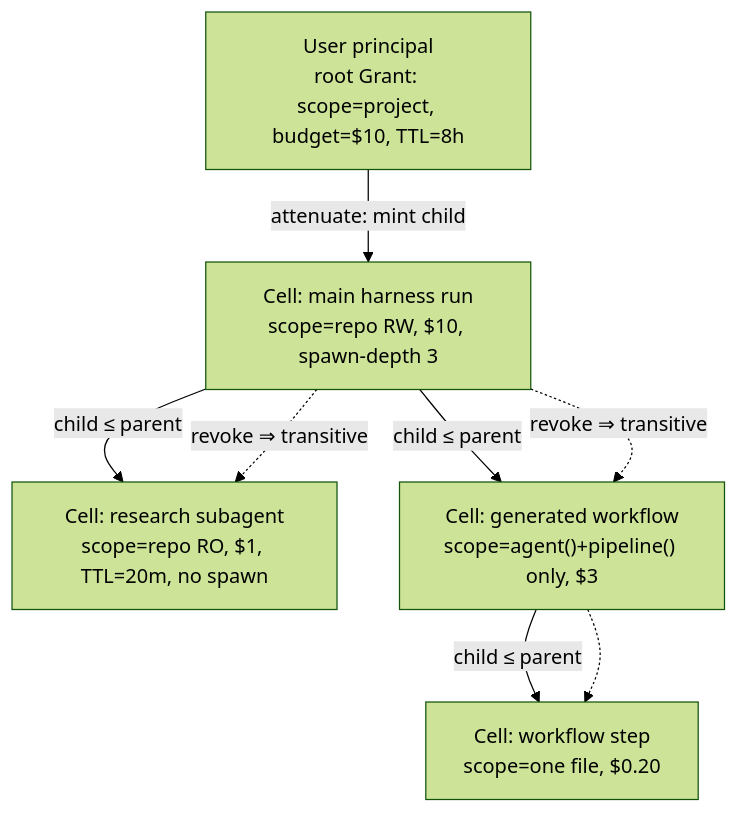
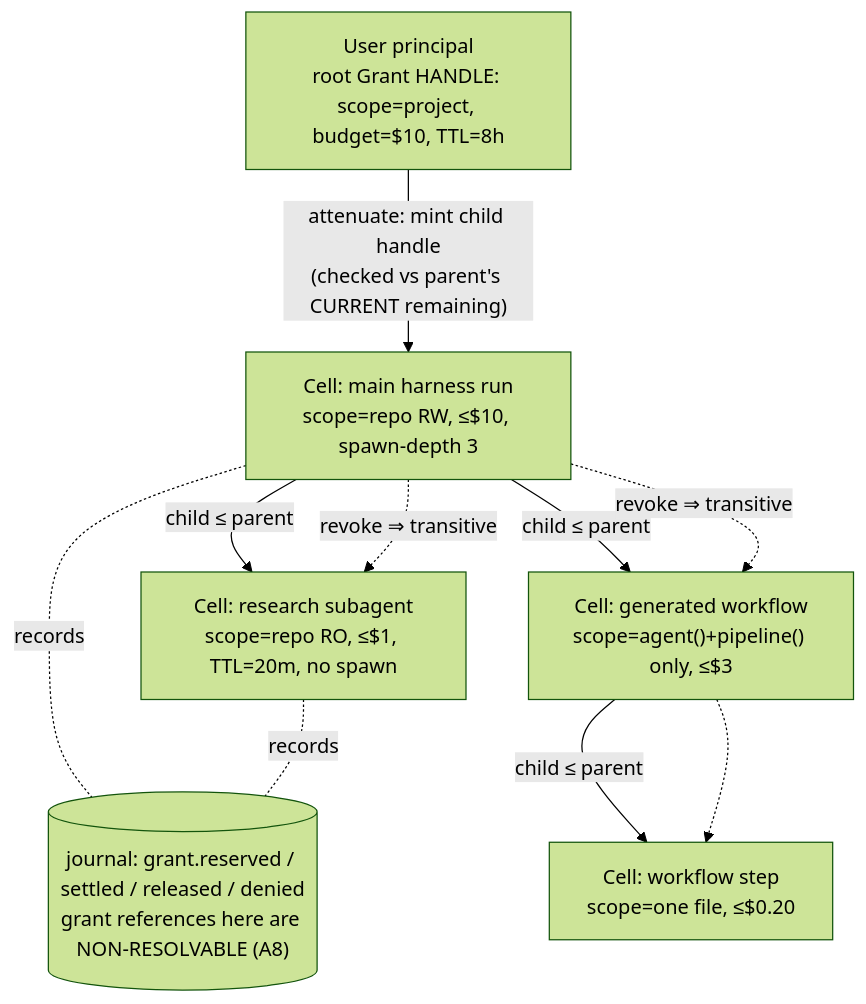
One commit to jeetu619/kyxo-runtime changed the first of 2 diagrams in docs/11-SECURITY-AND-POLICY.md. Above: the diagram before and after it, drawn with Mermaid (forest theme). The commit also changed other lines of this file and 7 other files, not shown here.

````diff
--- a/docs/11-SECURITY-AND-POLICY.md
+++ b/docs/11-SECURITY-AND-POLICY.md
@@ -177,11 +292,14 @@
 ```mermaid
 flowchart TD
-    U["User principal<br/>root Grant: scope=project, budget=$10, TTL=8h"]
-    U -->|"attenuate: mint child"| C0["Cell: main harness run<br/>scope=repo RW, $10, spawn-depth 3"]
-    C0 -->|"child ≤ parent"| C1["Cell: research subagent<br/>scope=repo RO, $1, TTL=20m, no spawn"]
-    C0 -->|"child ≤ parent"| C2["Cell: generated workflow<br/>scope=agent()+pipeline() only, $3"]
-    C2 -->|"child ≤ parent"| C3["Cell: workflow step<br/>scope=one file, $0.20"]
+    U["User principal<br/>root Grant HANDLE: scope=project, budget=$10, TTL=8h"]
+    U -->|"attenuate: mint child handle<br/>(checked vs parent's CURRENT remaining)"| C0["Cell: main harness run<br/>scope=repo RW, ≤$10, spawn-depth 3"]
+    C0 -->|"child ≤ parent"| C1["Cell: research subagent<br/>scope=repo RO, ≤$1, TTL=20m, no spawn"]
+    C0 -->|"child ≤ parent"| C2["Cell: generated workflow<br/>scope=agent()+pipeline() only, ≤$3"]
+    C2 -->|"child ≤ parent"| C3["Cell: workflow step<br/>scope=one file, ≤$0.20"]
     C0 -.->|"revoke ⇒ transitive"| C1
     C0 -.->|"revoke ⇒ transitive"| C2
     C2 -.-> C3
+    J[("journal: grant.reserved / settled / released / denied<br/>grant references here are NON-RESOLVABLE (A8)")]
+    C0 -.records.- J
+    C1 -.records.- J
 ```
````
